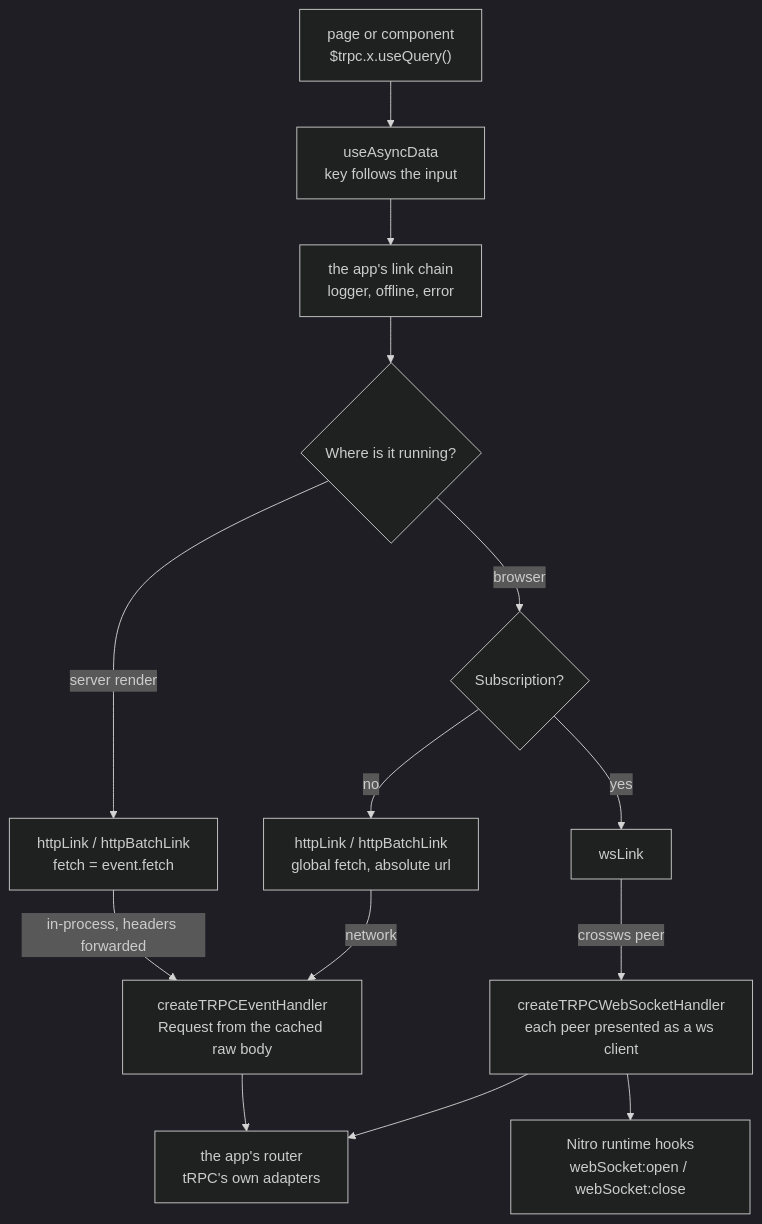
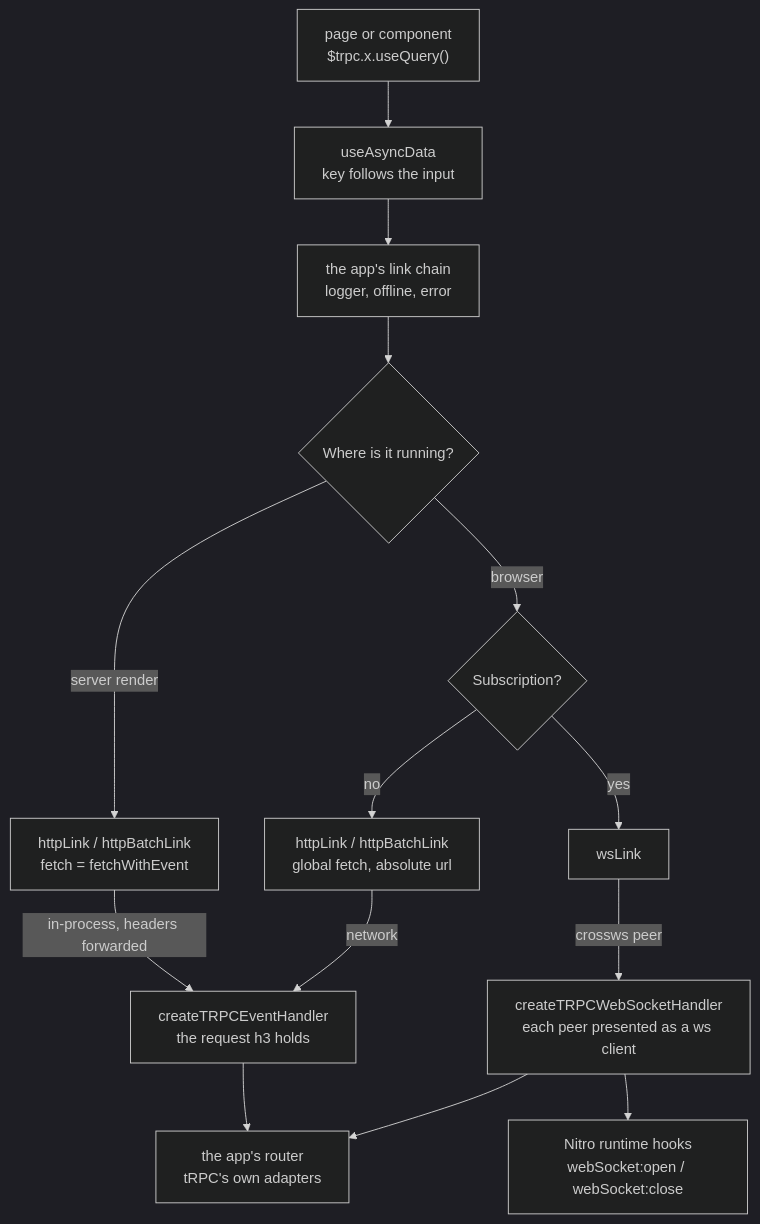
One commit to Esposter/Esposter changed the diagram in apps/web/content/docs/trpc-nuxt-module/index.md. Above: the diagram before and after it, drawn with Mermaid (dark theme). The commit also changed other lines of this file and 572 other files, not shown here.

````diff
--- a/apps/web/content/docs/trpc-nuxt-module/index.md
+++ b/apps/web/content/docs/trpc-nuxt-module/index.md
@@ -14,26 +14,26 @@
 ```mermaid
 flowchart TD
   page["page or component<br/>$trpc.x.useQuery()"]
   asyncData["useAsyncData<br/>key follows the input"]
   links["the app's link chain<br/>logger, offline, error"]
   where{"Where is it running?"}
-  eventFetch["httpLink / httpBatchLink<br/>fetch = event.fetch"]
+  eventFetch["httpLink / httpBatchLink<br/>fetch = fetchWithEvent"]
   globalFetch["httpLink / httpBatchLink<br/>global fetch, absolute url"]
   wsLink["wsLink"]
   kind{"Subscription?"}
-  handler["createTRPCEventHandler<br/>Request from the cached raw body"]
+  handler["createTRPCEventHandler<br/>the request h3 holds"]
   bridge["createTRPCWebSocketHandler<br/>each peer presented as a ws client"]
   hooks["Nitro runtime hooks<br/>webSocket:open / webSocket:close"]
   router["the app's router<br/>tRPC's own adapters"]
   page --> asyncData --> links --> where
   where -->|"server render"| eventFetch
   where -->|browser| kind
   kind -->|no| globalFetch
   kind -->|yes| wsLink
   eventFetch -->|"in-process, headers forwarded"| handler
   globalFetch -->|network| handler
   wsLink -->|"crossws peer"| bridge
   bridge --> hooks
   handler --> router
   bridge --> router
 ```
````
